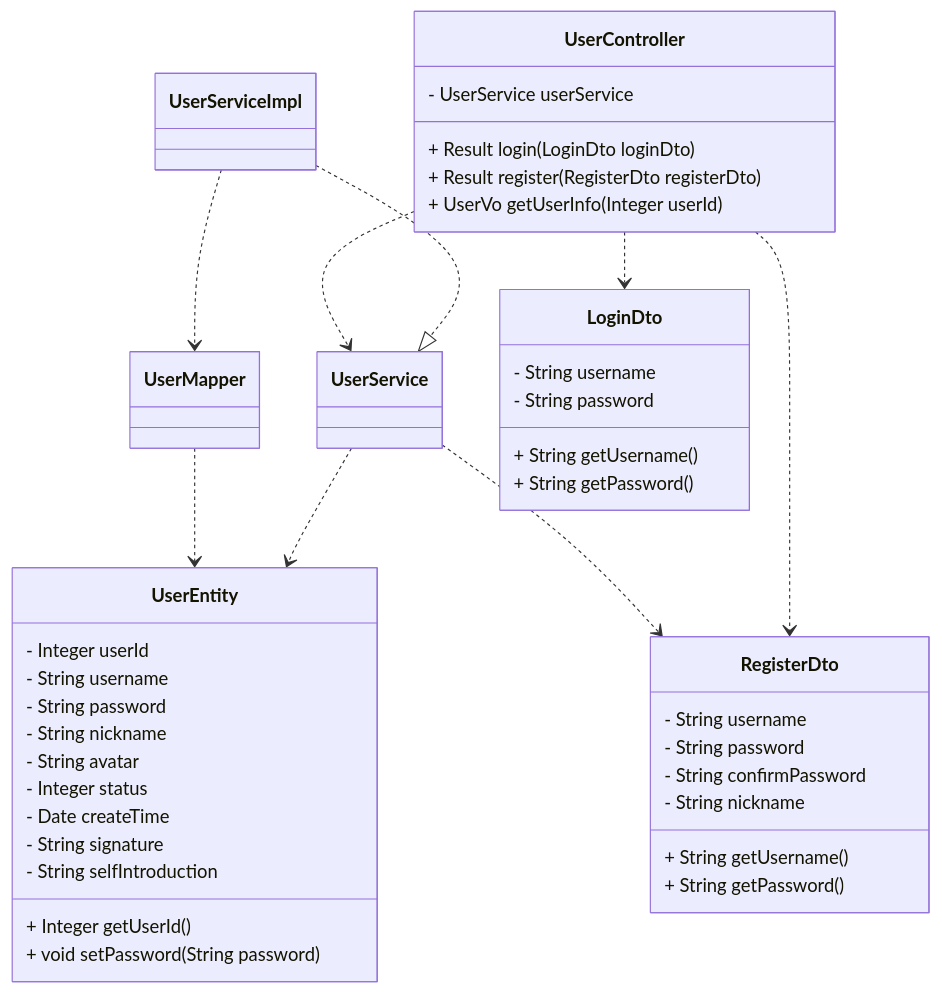
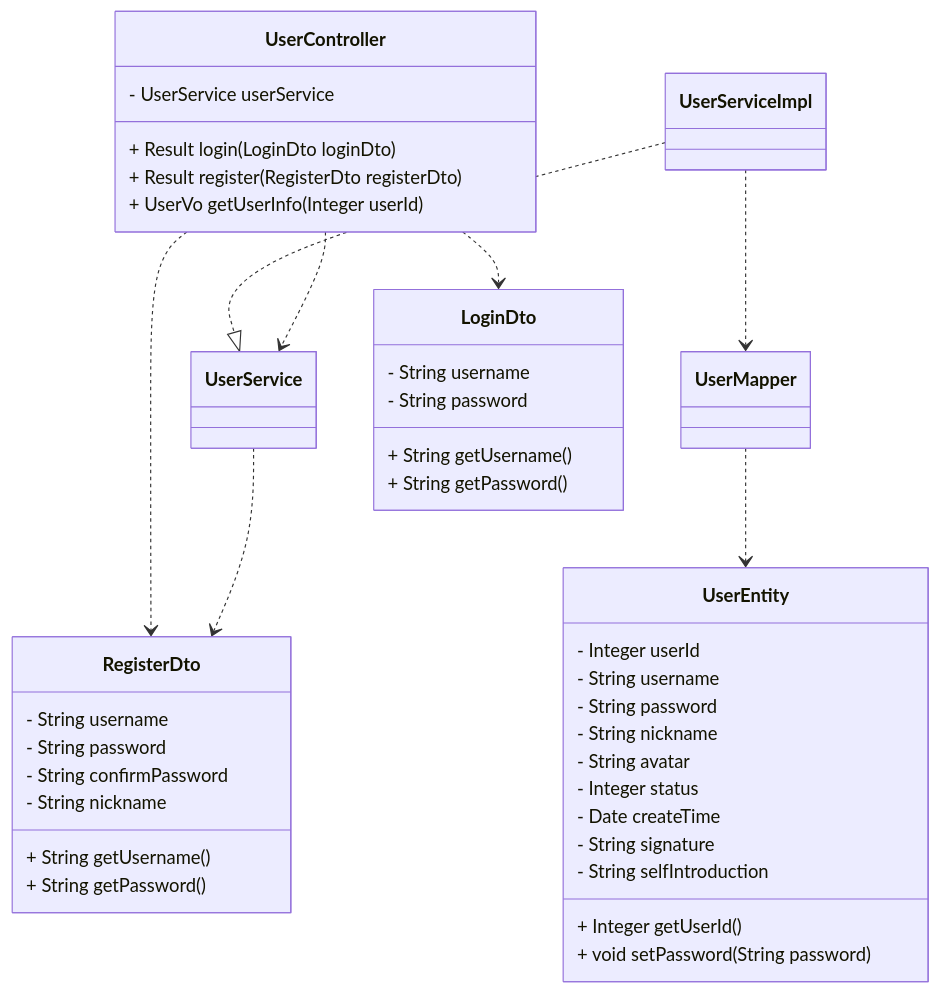
One commit to DEbalanceUX/iodraw-files changed the diagram in all/未命名-1.md. Above: the diagram before and after it, drawn with Mermaid.

Commit message:
2025-12-10 22:54:23 update

````diff
--- a/all/未命名-1.md
+++ b/all/未命名-1.md
@@ -1,54 +1,54 @@
 ```mermaid
 classDiagram
     %% 实现关系：ServiceImpl 实现 Service 接口
     UserServiceImpl ..|> UserService
     %% 依赖关系：Controller 依赖 Service / ServiceImpl 依赖 Mapper
     UserController ..> UserService
     UserServiceImpl ..> UserMapper
     %% 关联关系：核心数据载体关联
-    UserService ..> UserEntity
+
     UserMapper ..> UserEntity
     UserController ..> LoginDto
     UserController ..> RegisterDto
     UserService ..> RegisterDto
 
     %% 用户实体类（存储用户核心数据）
     class UserEntity {
         - Integer userId       
         - String username   
         - String password       
         - String nickname
         - String avatar
         - Integer status
         - Date createTime
         - String signature
         - String selfIntroduction 
         + Integer getUserId()
         + void setPassword(String password)
     }
     %% 登录请求数据传输类（接收前端参数）
     class LoginDto {
         - String username
         - String password
         + String getUsername()
         + String getPassword()
     }
      %% 注册请求数据传输类（接收前端参数）
     class RegisterDto {
         - String username      
         - String password      
         - String confirmPassword 
         - String nickname     
         + String getUsername()
         + String getPassword()
     }
 %% 控制器类（接收请求，返回响应）
     class UserController {
         - UserService userService
         + Result login(LoginDto loginDto)
         + Result register(RegisterDto registerDto)
         + UserVo getUserInfo(Integer userId)
     }
     
     
 ```
````
